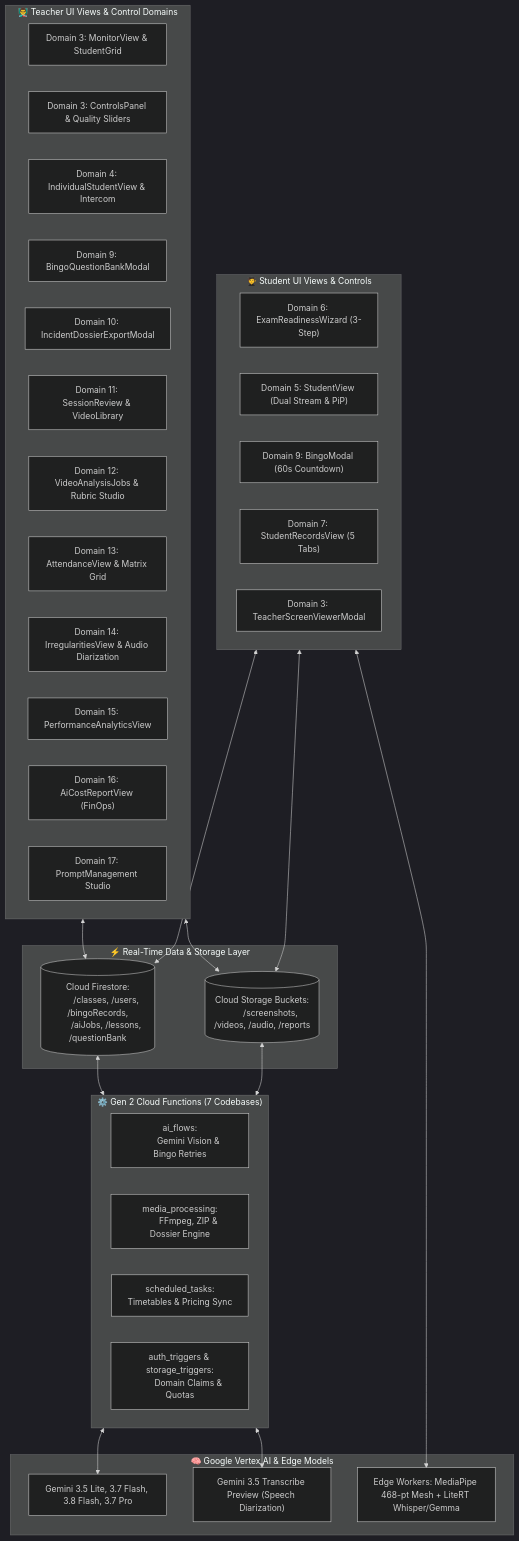
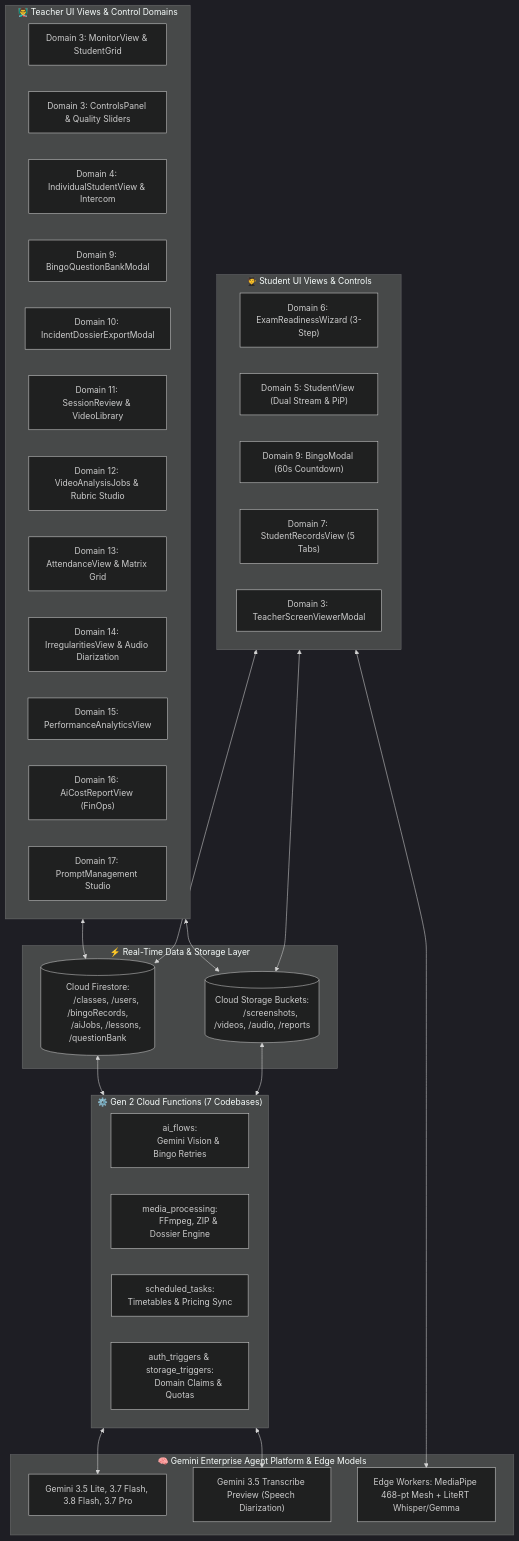
The diagram in docs/comprehensive-ui-controls-and-features-catalog.md (wongcyrus/Gemini-AI-Classroom-Assistant), drawn with Mermaid (dark theme) before and after one commit. The commit also changed other lines of this file and 11 other files, not shown here.

Commit message:
docs: update Vertex AI references to Gemini Enterprise Agent Platform across docs and slides

````diff
--- a/docs/comprehensive-ui-controls-and-features-catalog.md
+++ b/docs/comprehensive-ui-controls-and-features-catalog.md
@@ -38,61 +38,61 @@
 ```mermaid
 flowchart TD
     subgraph UI_Teacher ["👨‍🏫 Teacher UI Views & Control Domains"]
         T_MON["Domain 3: MonitorView & StudentGrid"]
         T_CTRL["Domain 3: ControlsPanel & Quality Sliders"]
         T_IND["Domain 4: IndividualStudentView & Intercom"]
         T_BIN["Domain 9: BingoQuestionBankModal"]
         T_DOS["Domain 10: IncidentDossierExportModal"]
         T_VID["Domain 11: SessionReview & VideoLibrary"]
         T_JOB["Domain 12: VideoAnalysisJobs & Rubric Studio"]
         T_ATT["Domain 13: AttendanceView & Matrix Grid"]
         T_IRR["Domain 14: IrregularitiesView & Audio Diarization"]
         T_PERF["Domain 15: PerformanceAnalyticsView"]
         T_FIN["Domain 16: AiCostReportView (FinOps)"]
         T_PRM["Domain 17: PromptManagement Studio"]
     end
 
     subgraph UI_Student ["🧑‍🎓 Student UI Views & Controls"]
         S_WIZ["Domain 6: ExamReadinessWizard (3-Step)"]
         S_RUN["Domain 5: StudentView (Dual Stream & PiP)"]
         S_MOD["Domain 9: BingoModal (60s Countdown)"]
         S_REC["Domain 7: StudentRecordsView (5 Tabs)"]
         S_BRD["Domain 3: TeacherScreenViewerModal"]
     end
 
     subgraph Backend_Sync ["⚡ Real-Time Data & Storage Layer"]
         FS[("Cloud Firestore:
         /classes, /users, /bingoRecords,
         /aiJobs, /lessons, /questionBank")]
         GCS[("Cloud Storage Buckets:
         /screenshots, /videos, /audio, /reports")]
     end
 
     subgraph Cloud_Functions ["⚙️ Gen 2 Cloud Functions (7 Codebases)"]
         CF_AI["ai_flows:
         Gemini Vision & Bingo Retries"]
         CF_MED["media_processing:
         FFmpeg, ZIP & Dossier Engine"]
         CF_SCH["scheduled_tasks:
         Timetables & Pricing Sync"]
         CF_SEC["auth_triggers & storage_triggers:
         Domain Claims & Quotas"]
     end
 
-    subgraph AI_Foundations ["🧠 Google Vertex AI & Edge Models"]
+    subgraph AI_Foundations ["🧠 Gemini Enterprise Agent Platform & Edge Models"]
         GEM["Gemini 3.5 Lite, 3.7 Flash, 3.8 Flash, 3.7 Pro"]
         DIA["Gemini 3.5 Transcribe Preview (Speech Diarization)"]
         EDGE["Edge Workers: MediaPipe 468-pt Mesh + LiteRT Whisper/Gemma"]
     end
 
     UI_Teacher <--> FS
     UI_Teacher <--> GCS
     UI_Student <--> FS
     UI_Student <--> GCS
     UI_Student <--> EDGE
 
     FS <--> Cloud_Functions
     GCS <--> Cloud_Functions
     Cloud_Functions <--> GEM
     Cloud_Functions <--> DIA
 ```
````
